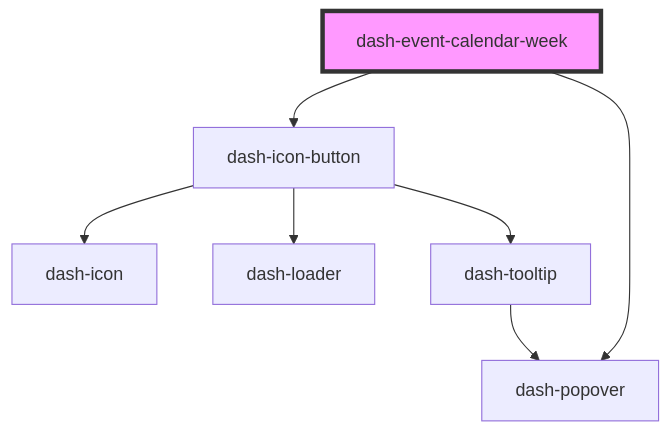
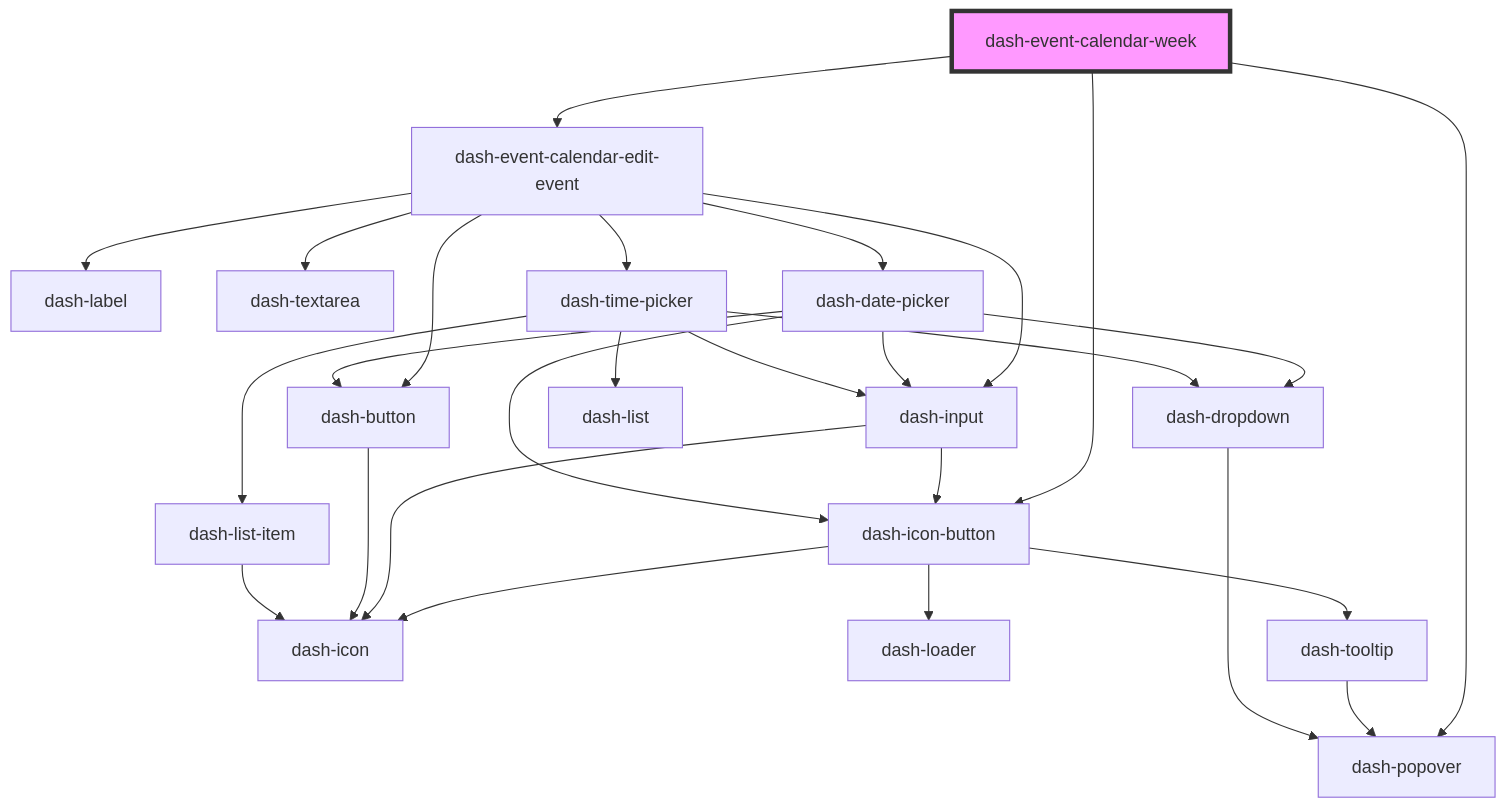
Before and after one commit to jmanke/dash: the diagram in packages/dash-components/src/components/dash-event-calendar/dash-event-calendar-week/readme.md, drawn with Mermaid. The commit also changed other lines of this file and 5 other files, not shown here.

````diff
--- a/packages/dash-components/src/components/dash-event-calendar/dash-event-calendar-week/readme.md
+++ b/packages/dash-components/src/components/dash-event-calendar/dash-event-calendar-week/readme.md
@@ -34,10 +35,30 @@
 ```mermaid
 graph TD;
   dash-event-calendar-week --> dash-icon-button
   dash-event-calendar-week --> dash-popover
+  dash-event-calendar-week --> dash-event-calendar-edit-event
   dash-icon-button --> dash-icon
   dash-icon-button --> dash-loader
   dash-icon-button --> dash-tooltip
   dash-tooltip --> dash-popover
+  dash-event-calendar-edit-event --> dash-label
+  dash-event-calendar-edit-event --> dash-input
+  dash-event-calendar-edit-event --> dash-textarea
+  dash-event-calendar-edit-event --> dash-date-picker
+  dash-event-calendar-edit-event --> dash-time-picker
+  dash-event-calendar-edit-event --> dash-button
+  dash-input --> dash-icon
+  dash-input --> dash-icon-button
+  dash-date-picker --> dash-dropdown
+  dash-date-picker --> dash-input
+  dash-date-picker --> dash-icon-button
+  dash-date-picker --> dash-button
+  dash-dropdown --> dash-popover
+  dash-button --> dash-icon
+  dash-time-picker --> dash-dropdown
+  dash-time-picker --> dash-input
+  dash-time-picker --> dash-list
+  dash-time-picker --> dash-list-item
+  dash-list-item --> dash-icon
   style dash-event-calendar-week fill:#f9f,stroke:#333,stroke-width:4px
 ```
````
